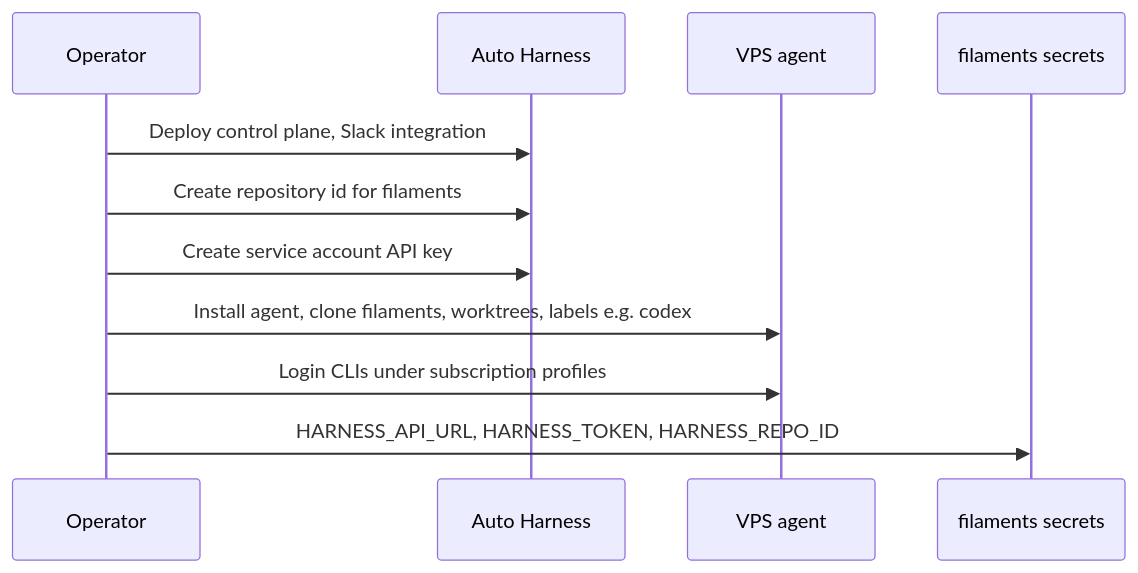
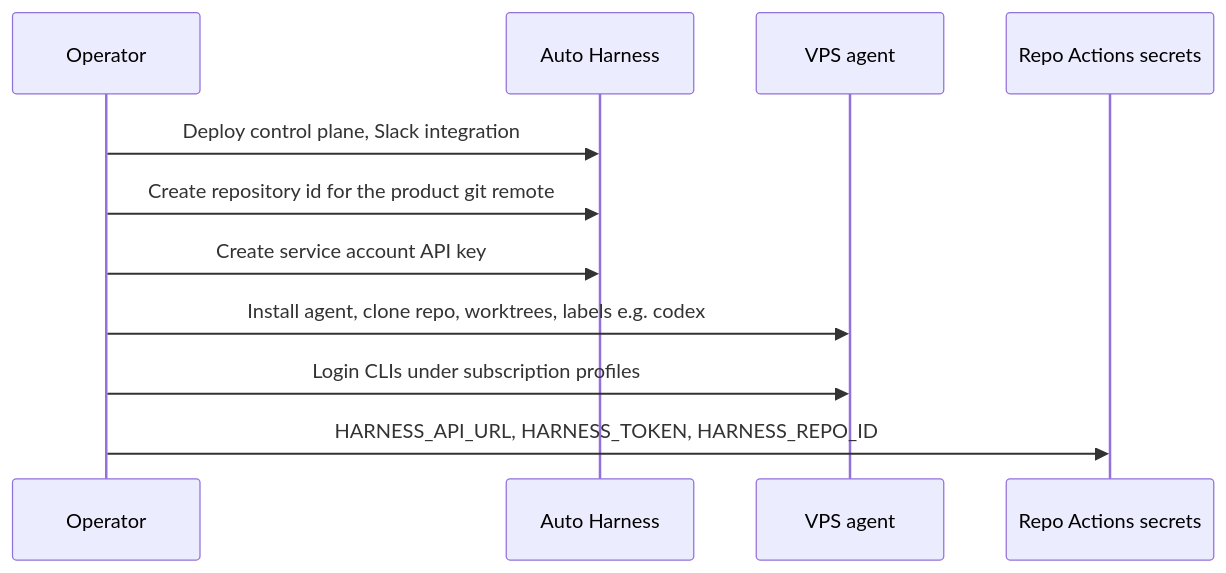
The second of 9 diagrams in docs/harness.md (jonathanong/auto-harness), drawn with Mermaid before and after one commit. The commit also changed other lines of this file and 4 other files, not shown here.

````diff
--- a/docs/harness.md
+++ b/docs/harness.md
@@ -90,14 +90,14 @@
 ```mermaid
 sequenceDiagram
   participant Ops as Operator
   participant AH as Auto Harness
   participant VPS as VPS agent
-  participant Fil as filaments secrets
+  participant Secrets as Repo Actions secrets
 
   Ops->>AH: Deploy control plane, Slack integration
-  Ops->>AH: Create repository id for filaments
+  Ops->>AH: Create repository id for the product git remote
   Ops->>AH: Create service account API key
-  Ops->>VPS: Install agent, clone filaments, worktrees, labels e.g. codex
+  Ops->>VPS: Install agent, clone repo, worktrees, labels e.g. codex
   Ops->>VPS: Login CLIs under subscription profiles
-  Ops->>Fil: HARNESS_API_URL, HARNESS_TOKEN, HARNESS_REPO_ID
+  Ops->>Secrets: HARNESS_API_URL, HARNESS_TOKEN, HARNESS_REPO_ID
 ```
````
